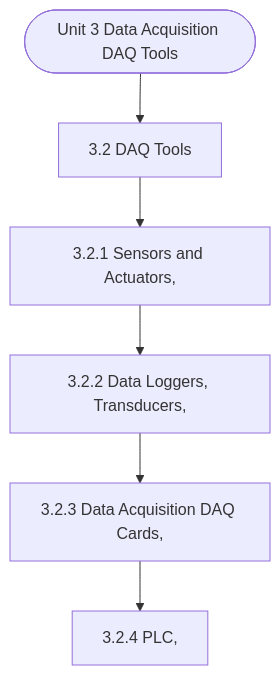
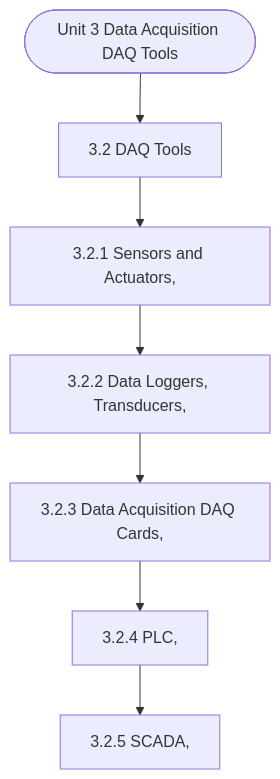
The diagram in notes/Semester_1/MCS-062_Introduction_to_Data_Science/unit_03_Data_Acquisition_(DAQ)_Tools.md (Asutosh-Coaching/mscdsa), drawn with Mermaid before and after one commit. The commit also changed other lines of this file and 116 other files, not shown here.

````diff
--- a/notes/Semester_1/MCS-062_Introduction_to_Data_Science/unit_03_Data_Acquisition_(DAQ)_Tools.md
+++ b/notes/Semester_1/MCS-062_Introduction_to_Data_Science/unit_03_Data_Acquisition_(DAQ)_Tools.md
@@ -19,14 +19,16 @@
 ```mermaid
 flowchart TD
   Start(["Unit 3 Data Acquisition DAQ Tools"])
   N1["3.2 DAQ Tools"]
   N2["3.2.1 Sensors and Actuators,"]
   N3["3.2.2 Data Loggers, Transducers,"]
   N4["3.2.3 Data Acquisition DAQ Cards,"]
   N5["3.2.4 PLC,"]
+  N6["3.2.5 SCADA,"]
   Start --> N1
   N1 --> N2
   N2 --> N3
   N3 --> N4
   N4 --> N5
+  N5 --> N6
 ```
````
